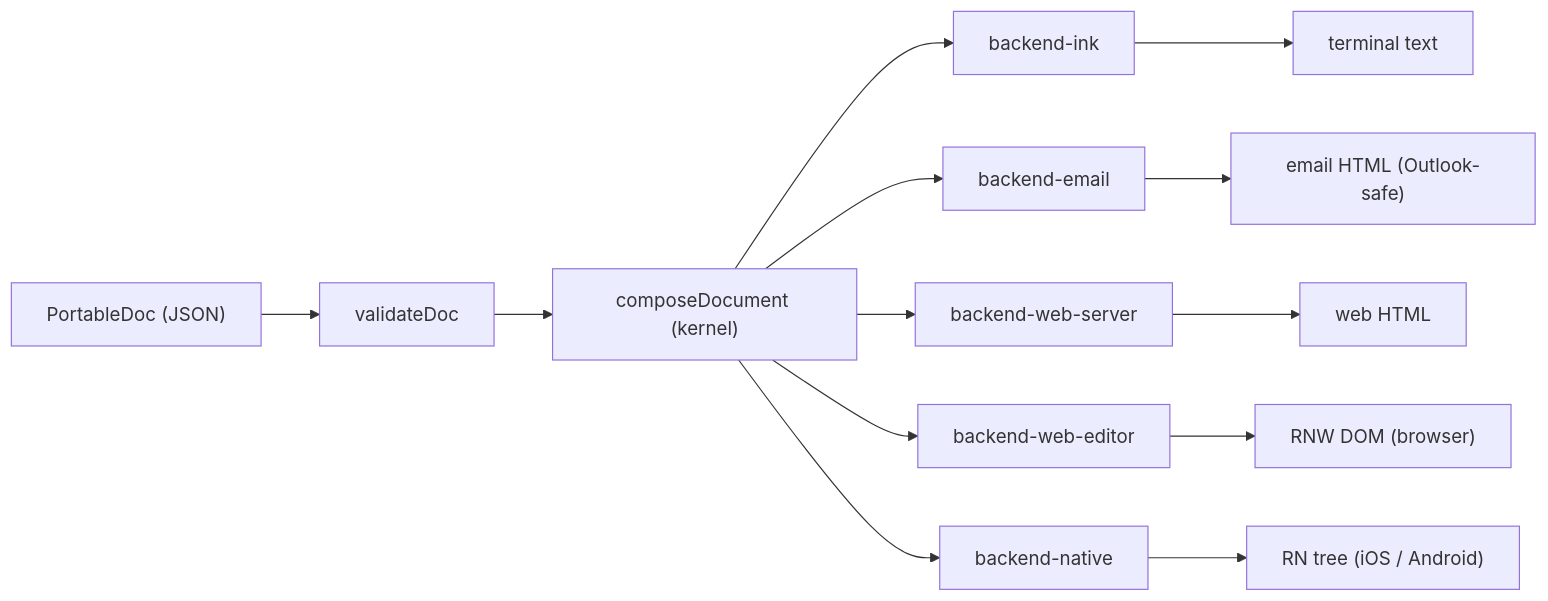
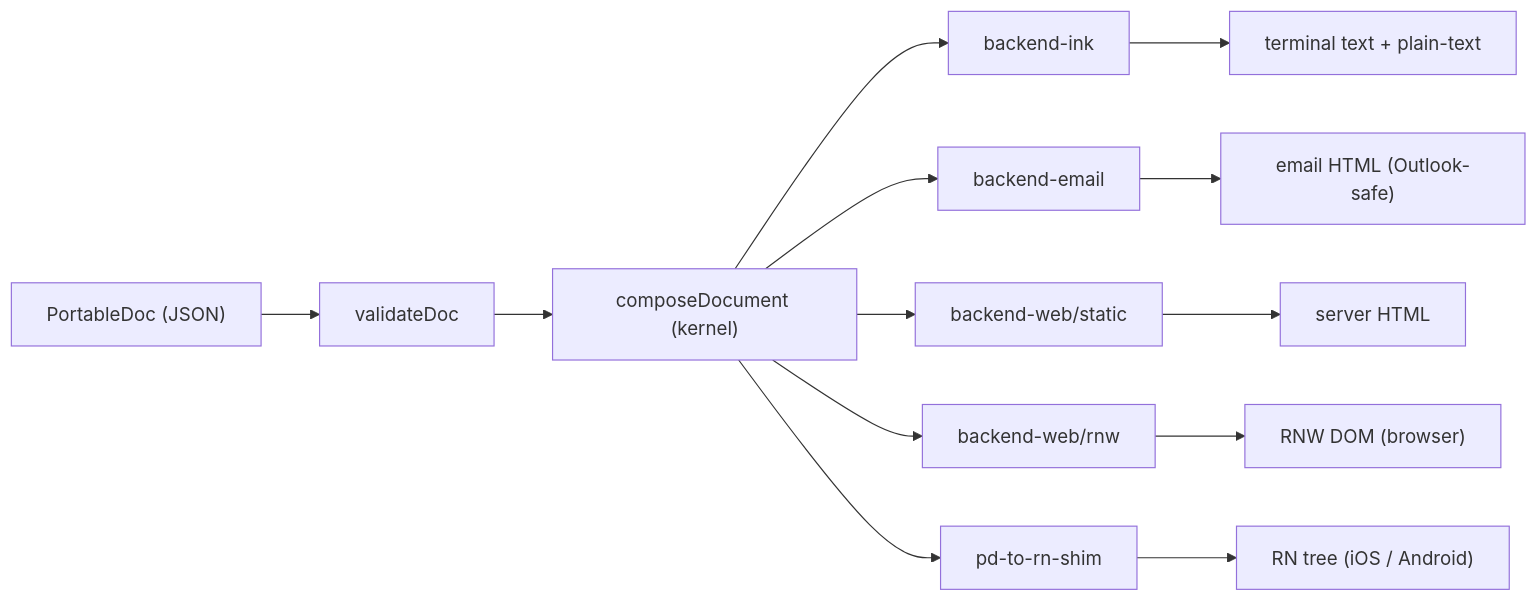
The diagram in README.md (FRIKKern/portable-doc), drawn with Mermaid before and after one commit. The commit also changed other lines of this file and 4 other files, not shown here.

First line of the commit message:
v0.2.1.C docs distillation — design-philosophy + architecture + CONTRIBUTING

````diff
--- a/README.md
+++ b/README.md
@@ -18,15 +18,15 @@
 ```mermaid
 flowchart LR
   D["PortableDoc (JSON)"] --> V["validateDoc"]
   V --> K["composeDocument (kernel)"]
   K --> B1["backend-ink"]
   K --> B2["backend-email"]
-  K --> B3["backend-web-server"]
-  K --> B4["backend-web-editor"]
-  K --> B5["backend-native"]
-  B1 --> O1["terminal text"]
+  K --> B3["backend-web/static"]
+  K --> B4["backend-web/rnw"]
+  K --> B5["pd-to-rn-shim"]
+  B1 --> O1["terminal text + plain-text"]
   B2 --> O2["email HTML (Outlook-safe)"]
-  B3 --> O3["web HTML"]
+  B3 --> O3["server HTML"]
   B4 --> O4["RNW DOM (browser)"]
   B5 --> O5["RN tree (iOS / Android)"]
 ```
````
